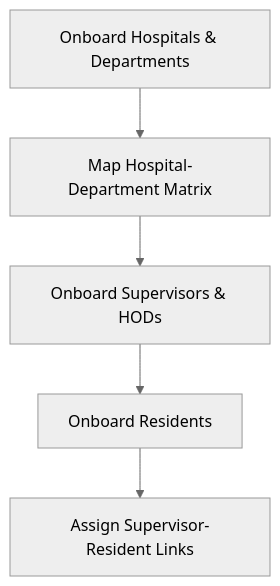
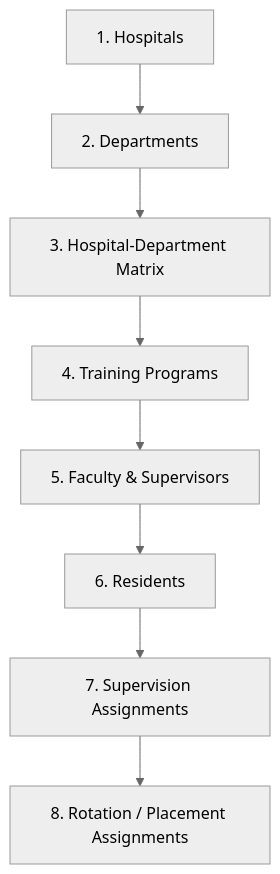
Before and after one commit to munaimtahir/pgsims: the diagram in docs/ONBOARDING_WORKFLOW.md, drawn with Mermaid (neutral theme). The commit also changed other lines of this file and 6 other files, not shown here.

````diff
--- a/docs/ONBOARDING_WORKFLOW.md
+++ b/docs/ONBOARDING_WORKFLOW.md
@@ -7,7 +28,10 @@
 ```mermaid
 graph TD
-    A[Onboard Hospitals & Departments] --> B[Map Hospital-Department Matrix]
-    B --> C[Onboard Supervisors & HODs]
-    C --> D[Onboard Residents]
-    D --> E[Assign Supervisor-Resident Links]
+    A[1. Hospitals] --> B[2. Departments]
+    B --> C[3. Hospital-Department Matrix]
+    C --> D[4. Training Programs]
+    D --> E[5. Faculty & Supervisors]
+    E --> F[6. Residents]
+    F --> G[7. Supervision Assignments]
+    G --> H[8. Rotation / Placement Assignments]
 ```
````
